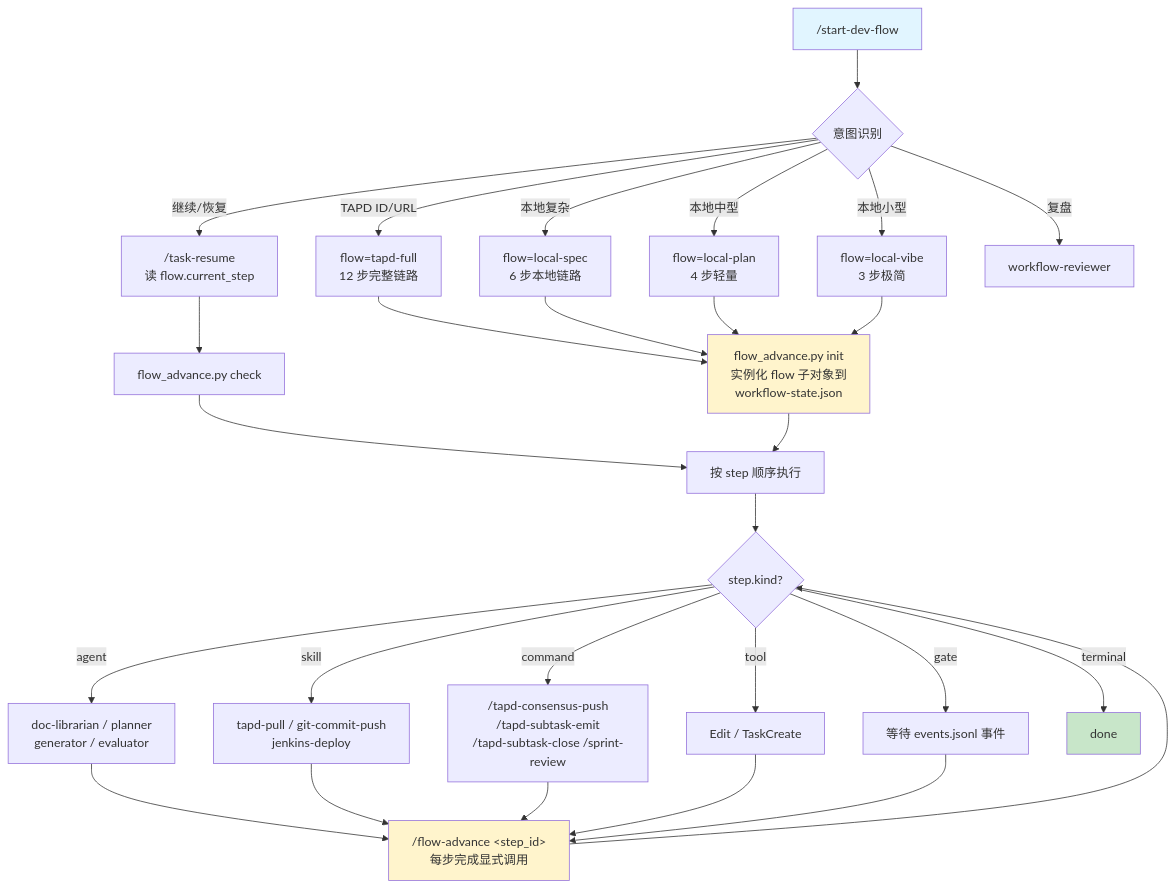
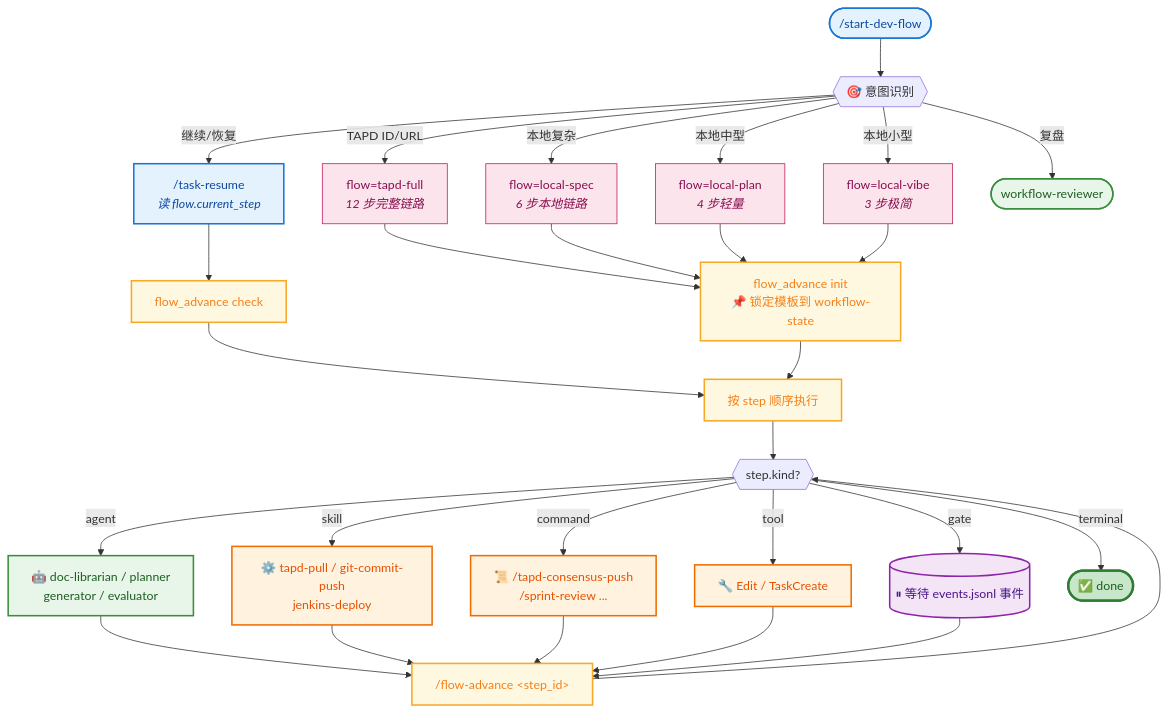
One commit to dd-xiaozhi/dev-agent-flow changed the first of 16 diagrams in README.md. Above: the diagram before and after it, drawn with Mermaid. The commit also changed other lines of this file, not shown here.

Commit message:
docs(readme): 重构所有流程图为统一风格的 mermaid 图

````diff
--- a/README.md
+++ b/README.md
@@ -13,38 +13,45 @@
 ```mermaid
 flowchart TD
-    START["/start-dev-flow"] --> 识别{意图识别}
-    识别 -->|TAPD ID/URL| F1["flow=tapd-full<br/>12 步完整链路"]
-    识别 -->|本地复杂| F2["flow=local-spec<br/>6 步本地链路"]
-    识别 -->|本地中型| F3["flow=local-plan<br/>4 步轻量"]
-    识别 -->|本地小型| F4["flow=local-vibe<br/>3 步极简"]
-    识别 -->|继续/恢复| RES["/task-resume<br/>读 flow.current_step"]
-    识别 -->|复盘| REV[workflow-reviewer]
+    START(["/start-dev-flow"]) --> 识别{{"🎯 意图识别"}}
 
-    F1 --> INIT["flow_advance.py init<br/>实例化 flow 子对象到<br/>workflow-state.json"]
-    F2 --> INIT
-    F3 --> INIT
-    F4 --> INIT
-    RES --> CHECK["flow_advance.py check"]
+    识别 -->|TAPD ID/URL| F1["flow=tapd-full<br/><i>12 步完整链路</i>"]
+    识别 -->|本地复杂| F2["flow=local-spec<br/><i>6 步本地链路</i>"]
+    识别 -->|本地中型| F3["flow=local-plan<br/><i>4 步轻量</i>"]
+    识别 -->|本地小型| F4["flow=local-vibe<br/><i>3 步极简</i>"]
+    识别 -->|继续/恢复| RES["/task-resume<br/><i>读 flow.current_step</i>"]
+    识别 -->|复盘| REV([workflow-reviewer])
+
+    F1 & F2 & F3 & F4 --> INIT["flow_advance init<br/>📌 锁定模板到 workflow-state"]
+    RES --> CHECK["flow_advance check"]
     CHECK --> EXEC
 
-    INIT --> EXEC[按 step 顺序执行]
-    EXEC --> KIND{step.kind?}
-    KIND -->|agent| KA["doc-librarian / planner<br/>generator / evaluator"]
-    KIND -->|skill| KS["tapd-pull / git-commit-push<br/>jenkins-deploy"]
-    KIND -->|command| KC["/tapd-consensus-push<br/>/tapd-subtask-emit<br/>/tapd-subtask-close /sprint-review"]
-    KIND -->|tool| KT["Edit / TaskCreate"]
-    KIND -->|gate| KG["等待 events.jsonl 事件"]
-    KIND -->|terminal| END["done"]
+    INIT --> EXEC["按 step 顺序执行"]
+    EXEC --> KIND{{"step.kind?"}}
 
-    KA --> ADV["/flow-advance &lt;step_id&gt;<br/>每步完成显式调用"]
-    KS --> ADV
-    KC --> ADV
-    KT --> ADV
-    KG --> ADV
+    KIND -->|agent| KA["🤖 doc-librarian / planner<br/>generator / evaluator"]
+    KIND -->|skill| KS["⚙️ tapd-pull / git-commit-push<br/>jenkins-deploy"]
+    KIND -->|command| KC["📜 /tapd-consensus-push<br/>/sprint-review ..."]
+    KIND -->|tool| KT["🔧 Edit / TaskCreate"]
+    KIND -->|gate| KG[("⏸ 等待 events.jsonl 事件")]
+    KIND -->|terminal| END(["✅ done"])
+
+    KA & KS & KC & KT & KG --> ADV["/flow-advance &lt;step_id&gt;"]
     ADV --> KIND
 
-    style START fill:#e1f5ff
-    style INIT fill:#fff4cc
-    style ADV fill:#fff4cc
-    style END fill:#c8e6c9
+    classDef entry fill:#e3f2fd,stroke:#1976d2,stroke-width:2px,color:#0d47a1
+    classDef ctrl fill:#fff8e1,stroke:#f9a825,stroke-width:2px,color:#f57f17
+    classDef agent fill:#e8f5e9,stroke:#388e3c,stroke-width:2px,color:#1b5e20
+    classDef skill fill:#fff3e0,stroke:#ef6c00,stroke-width:2px,color:#e65100
+    classDef gate fill:#f3e5f5,stroke:#8e24aa,stroke-width:2px,color:#4a148c
+    classDef done fill:#c8e6c9,stroke:#2e7d32,stroke-width:3px,color:#1b5e20
+    classDef tpl fill:#fce4ec,stroke:#c2185b,stroke-width:1px,color:#880e4f
+
+    class START,RES entry
+    class INIT,CHECK,EXEC,ADV ctrl
+    class KA agent
+    class KS,KC,KT skill
+    class KG gate
+    class END done
+    class F1,F2,F3,F4 tpl
+    class REV agent
 ```
````
